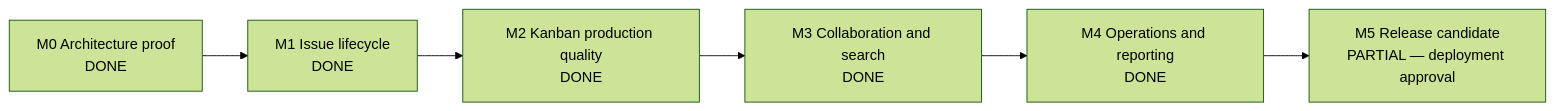
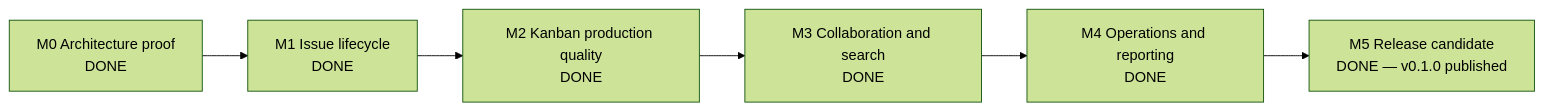
Before and after one commit to TJ-Engineer/ProjectWeave-Studio: the diagram in vibe-jira/DEVELOPMENT_STORYBOARD.md, drawn with Mermaid (forest theme). The commit also changed other lines of this file and 3 other files, not shown here.

Commit message:
docs: close Vibe JIRA M5 release candidate

````diff
--- a/vibe-jira/DEVELOPMENT_STORYBOARD.md
+++ b/vibe-jira/DEVELOPMENT_STORYBOARD.md
@@ -52,8 +53,8 @@
 ```mermaid
 flowchart LR
   M0["M0 Architecture proof<br/>DONE"] --> M1["M1 Issue lifecycle<br/>DONE"]
   M1 --> M2["M2 Kanban production quality<br/>DONE"]
   M2 --> M3["M3 Collaboration and search<br/>DONE"]
   M3 --> M4["M4 Operations and reporting<br/>DONE"]
-  M4 --> M5["M5 Release candidate<br/>PARTIAL — deployment approval"]
+  M4 --> M5["M5 Release candidate<br/>DONE — v0.1.0 published"]
 ```
````
